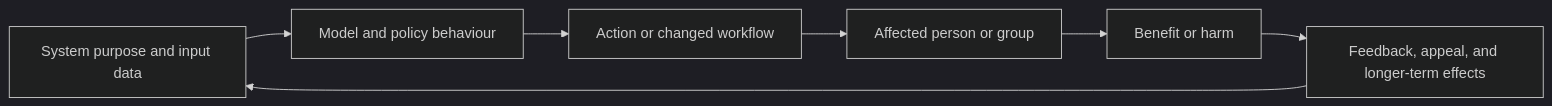
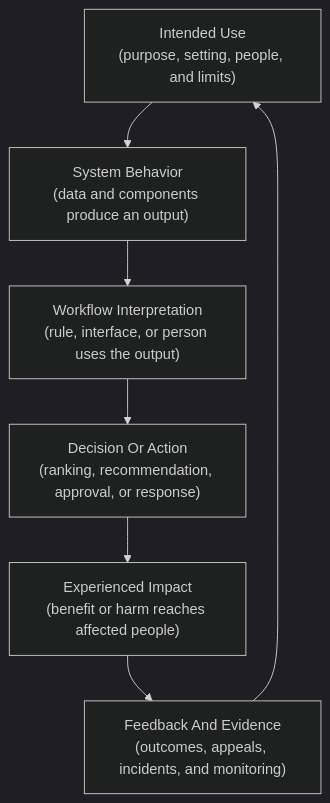
The third of 4 diagrams in roadmaps/mlops/modules/governance-and-responsible-ai/standards-and-compliance/02-ai-inventory-impact-assessments-third-party-risk.md (senlinyy/dev-roadmaps), drawn with Mermaid (dark theme) before and after one commit. The commit also changed other lines of this file and 152 other files, not shown here.

Commit message:
feat: mlops and diagrams updated

````diff
--- a/roadmaps/mlops/modules/governance-and-responsible-ai/standards-and-compliance/02-ai-inventory-impact-assessments-third-party-risk.md
+++ b/roadmaps/mlops/modules/governance-and-responsible-ai/standards-and-compliance/02-ai-inventory-impact-assessments-third-party-risk.md
@@ -159,9 +292,13 @@
 ```mermaid
-flowchart LR
-    P["System purpose and input data"] --> B["Model and policy behaviour"]
-    B --> A["Action or changed workflow"]
-    A --> G["Affected person or group"]
-    G --> H["Benefit or harm"]
-    H --> F["Feedback, appeal, and longer-term effects"]
-    F --> P
+flowchart TD
+    A["Intended Use<br/>(purpose, setting, people, and limits)"] --> B["System Behavior<br/>(data and components produce an output)"]
+    B --> C["Workflow Interpretation<br/>(rule, interface, or person uses the output)"]
+    C --> D["Decision Or Action<br/>(ranking, recommendation, approval, or response)"]
+    D --> E["Experienced Impact<br/>(benefit or harm reaches affected people)"]
+    E --> F["Feedback And Evidence<br/>(outcomes, appeals, incidents, and monitoring)"]
+    F --> A
+
+    class A context;
+    class B,C,D mechanism;
+    class E,F consequence;
 ```
````
